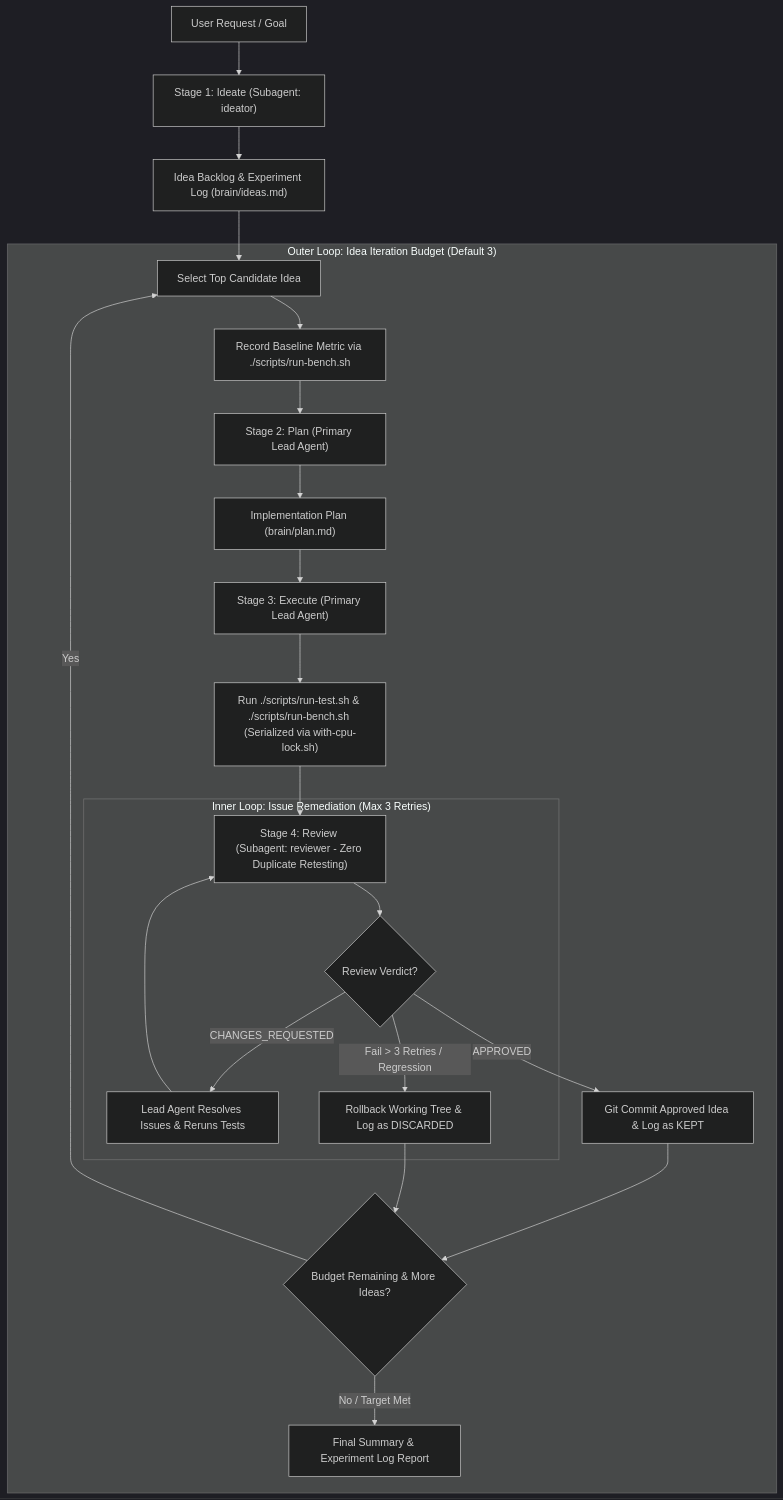
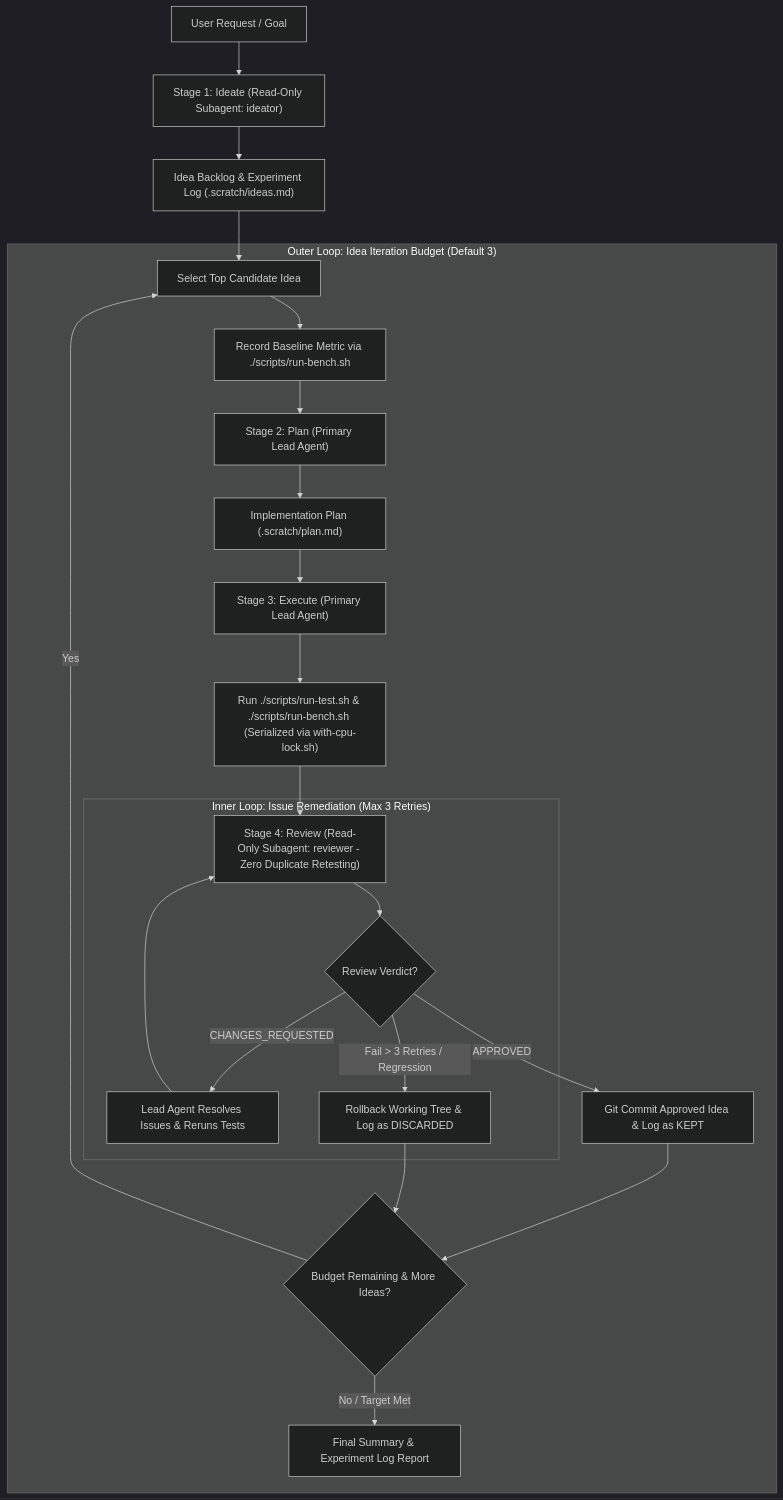
Before and after one commit to gheffern/rust-ts-harness: the diagram in .agents/skills/ideate-plan-execute-review/SKILL.md, drawn with Mermaid (dark theme). The commit also changed other lines of this file and 12 other files, not shown here.

````diff
--- a/.agents/skills/ideate-plan-execute-review/SKILL.md
+++ b/.agents/skills/ideate-plan-execute-review/SKILL.md
@@ -18,28 +18,28 @@
 ```mermaid
 flowchart TD
-    Goal["User Request / Goal"] --> IdeateSub["Stage 1: Ideate (Subagent: ideator)"]
-    IdeateSub --> IdeasBacklog["Idea Backlog & Experiment Log (brain/ideas.md)"]
+    Goal["User Request / Goal"] --> IdeateSub["Stage 1: Ideate (Read-Only Subagent: ideator)"]
+    IdeateSub --> IdeasBacklog["Idea Backlog & Experiment Log (.scratch/ideas.md)"]
     IdeasBacklog --> SelectIdea["Select Top Candidate Idea"]
 
     subgraph OuterLoop ["Outer Loop: Idea Iteration Budget (Default 3)"]
         SelectIdea --> Baseline["Record Baseline Metric via ./scripts/run-bench.sh"]
         Baseline --> PlanLead["Stage 2: Plan (Primary Lead Agent)"]
-        PlanLead --> PlanArtifact["Implementation Plan (brain/plan.md)"]
+        PlanLead --> PlanArtifact["Implementation Plan (.scratch/plan.md)"]
         PlanArtifact --> ExecLead["Stage 3: Execute (Primary Lead Agent)"]
         ExecLead --> DeltaVerify["Run ./scripts/run-test.sh & ./scripts/run-bench.sh (Serialized via with-cpu-lock.sh)"]
-        DeltaVerify --> ReviewSub["Stage 4: Review (Subagent: reviewer - Zero Duplicate Retesting)"]
+        DeltaVerify --> ReviewSub["Stage 4: Review (Read-Only Subagent: reviewer - Zero Duplicate Retesting)"]
 
         subgraph InnerLoop ["Inner Loop: Issue Remediation (Max 3 Retries)"]
             ReviewSub --> Verdict{"Review Verdict?"}
             Verdict -- "CHANGES_REQUESTED" --> FixLead["Lead Agent Resolves Issues & Reruns Tests"]
             FixLead --> ReviewSub
             Verdict -- "Fail > 3 Retries / Regression" --> Discard["Rollback Working Tree & Log as DISCARDED"]
         end
 
         Verdict -- "APPROVED" --> Commit["Git Commit Approved Idea & Log as KEPT"]
         Commit --> NextIdea{"Budget Remaining & More Ideas?"}
         Discard --> NextIdea
         NextIdea -- "Yes" --> SelectIdea
         NextIdea -- "No / Target Met" --> FinalHandoff["Final Summary & Experiment Log Report"]
     end
 ```
````
